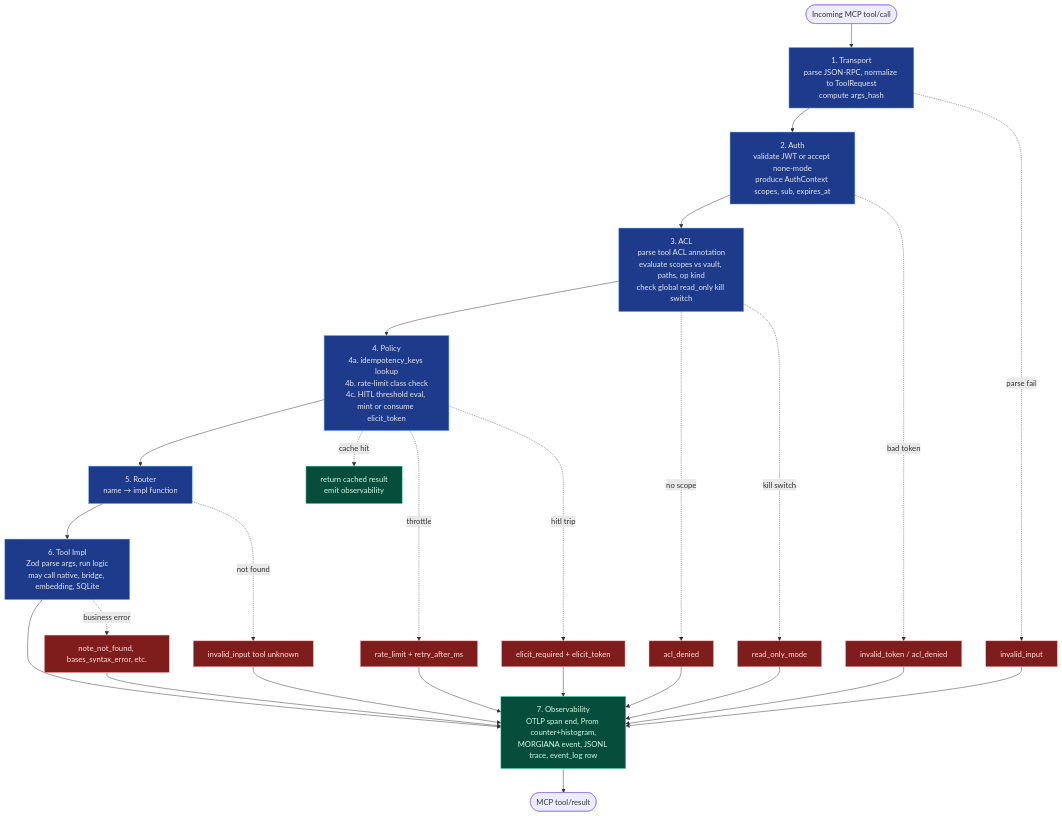
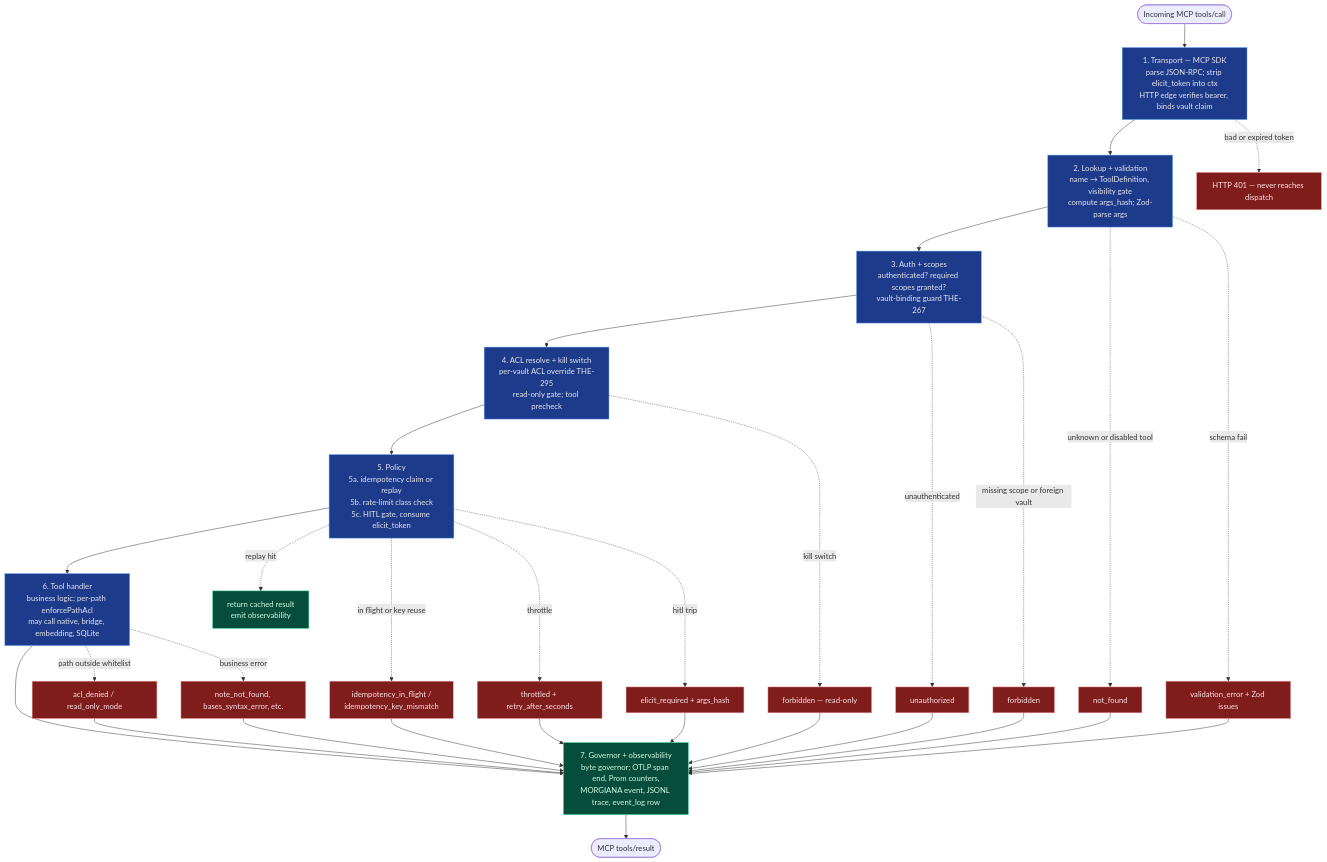
The diagram in ARCHITECTURE.md (The-40-Thieves/obsidian-tc), drawn with Mermaid before and after one commit. The commit also changed other lines of this file and 3 other files, not shown here.

First line of the commit message:
docs: ARCHITECTURE.md truth pass — delete superseded design, document shipped storage (THE-298) (#130)

````diff
--- a/ARCHITECTURE.md
+++ b/ARCHITECTURE.md
@@ -127,49 +122,54 @@
 ```mermaid
 flowchart TB
     classDef ts fill:#1e3a8a,stroke:#60a5fa,color:#e5e7eb
     classDef store fill:#312e81,stroke:#a78bfa,color:#ede9fe
     classDef obs fill:#064e3b,stroke:#34d399,color:#d1fae5
     classDef err fill:#7f1d1d,stroke:#fca5a5,color:#fee2e2
 
-    req([Incoming MCP tool/call])
+    req([Incoming MCP tools/call])
     req --> transport
 
-    transport[1. Transport<br/>parse JSON-RPC, normalize to ToolRequest<br/>compute args_hash]:::ts
-    transport --> auth
-    transport -.parse fail.-> errTransport[invalid_input]:::err
+    transport[1. Transport — MCP SDK<br/>parse JSON-RPC; strip elicit_token into ctx<br/>HTTP edge verifies bearer, binds vault claim]:::ts
+    transport --> lookup
+    transport -.bad or expired token.-> errAuth[HTTP 401 — never reaches dispatch]:::err
 
-    auth[2. Auth<br/>validate JWT or accept none-mode<br/>produce AuthContext scopes, sub, expires_at]:::ts
+    lookup[2. Lookup + validation<br/>name → ToolDefinition, visibility gate<br/>compute args_hash; Zod-parse args]:::ts
+    lookup --> auth
+    lookup -.unknown or disabled tool.-> errRouter[not_found]:::err
+    lookup -.schema fail.-> errValidation[validation_error + Zod issues]:::err
+
+    auth[3. Auth + scopes<br/>authenticated? required scopes granted?<br/>vault-binding guard THE-267]:::ts
     auth --> acl
-    auth -.bad token.-> errAuth[invalid_token / acl_denied]:::err
+    auth -.unauthenticated.-> errUnauth[unauthorized]:::err
+    auth -.missing scope or foreign vault.-> errForbidden[forbidden]:::err
 
-    acl[3. ACL<br/>parse tool ACL annotation<br/>evaluate scopes vs vault, paths, op kind<br/>check global read_only kill switch]:::ts
+    acl[4. ACL resolve + kill switch<br/>per-vault ACL override THE-295<br/>read-only gate; tool precheck]:::ts
     acl --> policy
-    acl -.no scope.-> errAcl[acl_denied]:::err
-    acl -.kill switch.-> errReadOnly[read_only_mode]:::err
+    acl -.kill switch.-> errReadOnly[forbidden — read-only]:::err
 
-    policy[4. Policy<br/>4a. idempotency_keys lookup<br/>4b. rate-limit class check<br/>4c. HITL threshold eval, mint or consume elicit_token]:::ts
-    policy --> router
-    policy -.cache hit.-> cached[return cached result<br/>emit observability]:::obs
-    policy -.throttle.-> errRate[rate_limit + retry_after_ms]:::err
-    policy -.hitl trip.-> errElicit[elicit_required + elicit_token]:::err
+    policy[5. Policy<br/>5a. idempotency claim or replay<br/>5b. rate-limit class check<br/>5c. HITL gate, consume elicit_token]:::ts
+    policy --> impl
+    policy -.replay hit.-> cached[return cached result<br/>emit observability]:::obs
+    policy -.in flight or key reuse.-> errIdem[idempotency_in_flight /<br/>idempotency_key_mismatch]:::err
+    policy -.throttle.-> errRate[throttled + retry_after_seconds]:::err
+    policy -.hitl trip.-> errElicit[elicit_required + args_hash]:::err
 
-    router[5. Router<br/>name → impl function]:::ts
-    router --> impl
-    router -.not found.-> errRouter[invalid_input tool unknown]:::err
-
-    impl[6. Tool Impl<br/>Zod parse args, run logic<br/>may call native, bridge, embedding, SQLite]:::ts
+    impl[6. Tool handler<br/>business logic; per-path enforcePathAcl<br/>may call native, bridge, embedding, SQLite]:::ts
     impl --> obsEmit
+    impl -.path outside whitelist.-> errAcl[acl_denied / read_only_mode]:::err
     impl -.business error.-> errImpl[note_not_found, bases_syntax_error, etc.]:::err
 
-    obsEmit[7. Observability<br/>OTLP span end, Prom counter+histogram,<br/>MORGIANA event, JSONL trace, event_log row]:::obs
-    obsEmit --> resp([MCP tool/result])
+    obsEmit[7. Governor + observability<br/>byte governor; OTLP span end, Prom counters,<br/>MORGIANA event, JSONL trace, event_log row]:::obs
+    obsEmit --> resp([MCP tools/result])
 
-    errTransport --> obsEmit
-    errAuth --> obsEmit
-    errAcl --> obsEmit
+    errRouter --> obsEmit
+    errValidation --> obsEmit
+    errUnauth --> obsEmit
+    errForbidden --> obsEmit
     errReadOnly --> obsEmit
+    errIdem --> obsEmit
     errRate --> obsEmit
     errElicit --> obsEmit
-    errRouter --> obsEmit
+    errAcl --> obsEmit
     errImpl --> obsEmit
 ```
````
